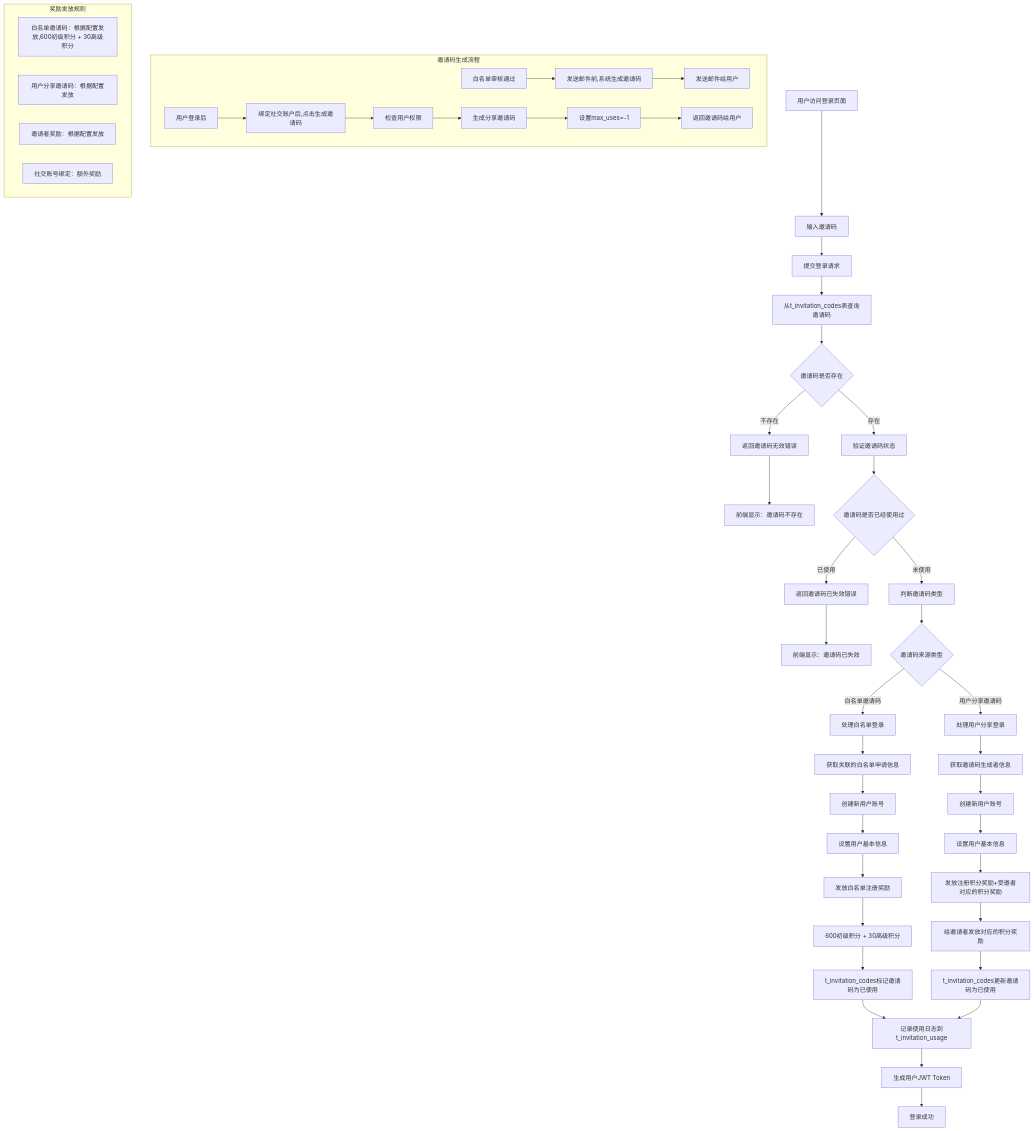
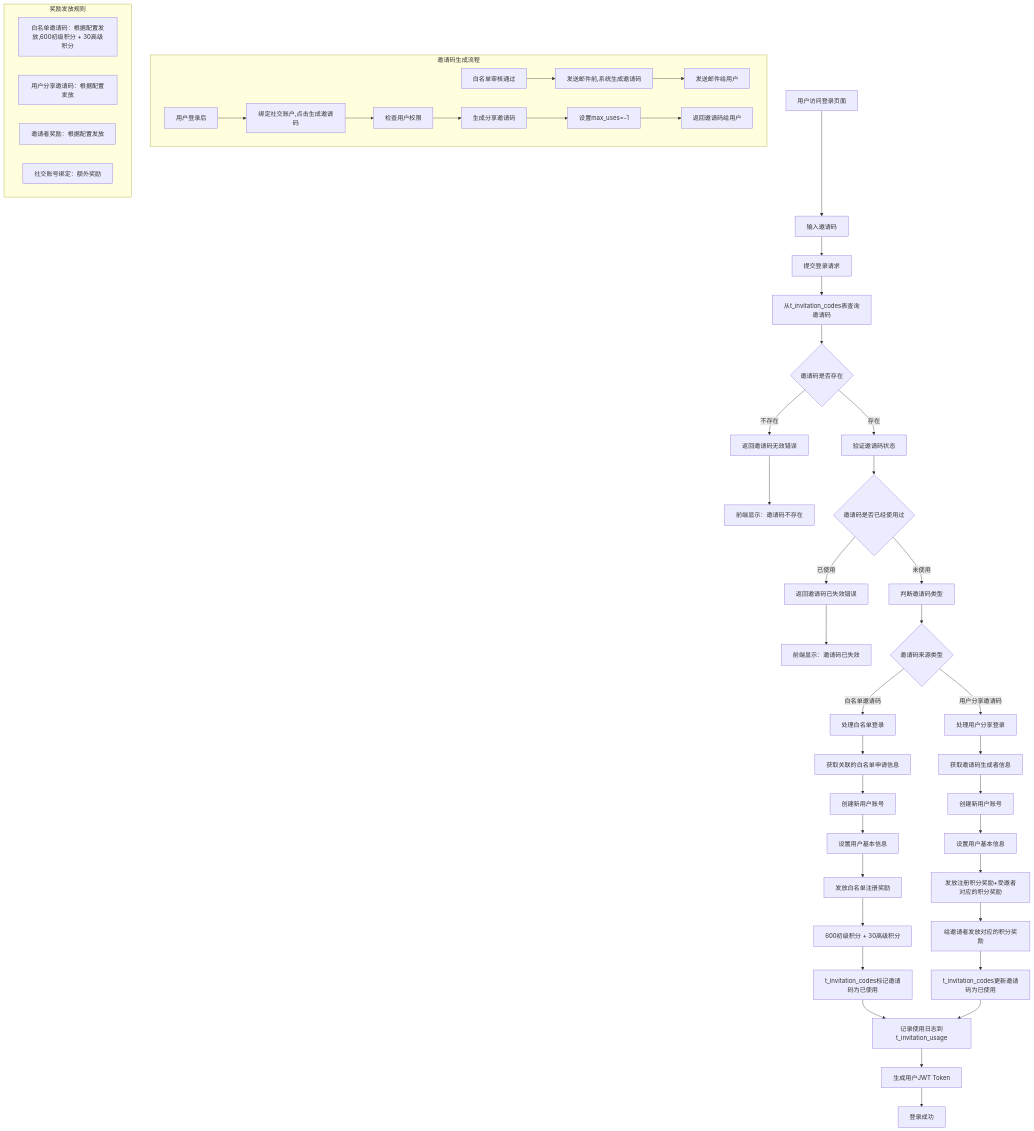
The diagram in all/未命名-71.md (yingjianzh/iodraw-files), drawn with Mermaid before and after one commit.

Commit message:
2025-07-03 14:09:42 update

````diff
--- a/all/未命名-71.md
+++ b/all/未命名-71.md
@@ -1,58 +1,58 @@
 ```mermaid
 flowchart TD
     A[用户访问登录页面] --> B[输入邀请码]
     B --> E[提交登录请求]
     E --> H[从t_invitation_codes表查询邀请码]
     H --> I{邀请码是否存在}
     I -->|不存在| J[返回邀请码无效错误]
     J --> K[前端显示：邀请码不存在]
     
     I -->|存在| L[验证邀请码状态]
     L --> M{邀请码是否已经使用过}
     M -->|已使用| N[返回邀请码已失效错误]
     N --> O[前端显示：邀请码已失效]
     
     M -->|未使用| X[判断邀请码类型]
     X --> Y{邀请码来源类型}
     
     Y -->|白名单邀请码| Z[处理白名单登录]
     Z --> Z1[获取关联的白名单申请信息]
     Z1 --> Z2[创建新用户账号]
     Z2 --> Z3[设置用户基本信息]
     Z3 --> Z4[发放白名单注册奖励]
     Z4 --> Z5[600初级积分 + 30高级积分]
     Z5 --> Z6[t_invitation_codes标记邀请码为已使用]
     Z6 --> AA[记录使用日志到t_invitation_usage]
     
     Y -->|用户分享邀请码| BB[处理用户分享登录]
     BB --> BB1[获取邀请码生成者信息]
     BB1 --> BB2[创建新用户账号]
     BB2 --> BB3[设置用户基本信息]
     BB3 --> BB4[发放注册积分奖励+受邀者对应的积分奖励]
     BB4 --> BB5[给邀请者发放对应的积分奖励]
     BB5 --> BB6[t_invitation_codes更新邀请码为已使用]
     BB6 --> AA
     
     AA --> CC[生成用户JWT Token]
     CC --> DD[登录成功]
     
 
     subgraph "邀请码生成流程"
         IG1[白名单审核通过] --> IG2[发送邮件前,系统生成邀请码]
         IG2 --> IG5[发送邮件给用户]
         
-        UG1[用户登录后] --> UG2[绑定社交账户后,点击生成邀请码]
+        UG1[用户登录后] --> UG2[绑定社交账户,点击生成邀请码]
         UG2 --> UG3[检查用户权限]
         UG3 --> UG4[生成分享邀请码]
         UG4 --> UG5[设置max_uses=-1]
         UG5 --> UG6[返回邀请码给用户]
     end
     
     subgraph "奖励发放规则"
         R1[白名单邀请码：根据配置发放,600初级积分 + 30高级积分]
         R2[用户分享邀请码：根据配置发放]
         R3[邀请者奖励：根据配置发放]
         R4[社交账号绑定：额外奖励]
     end
   
 ```
````
